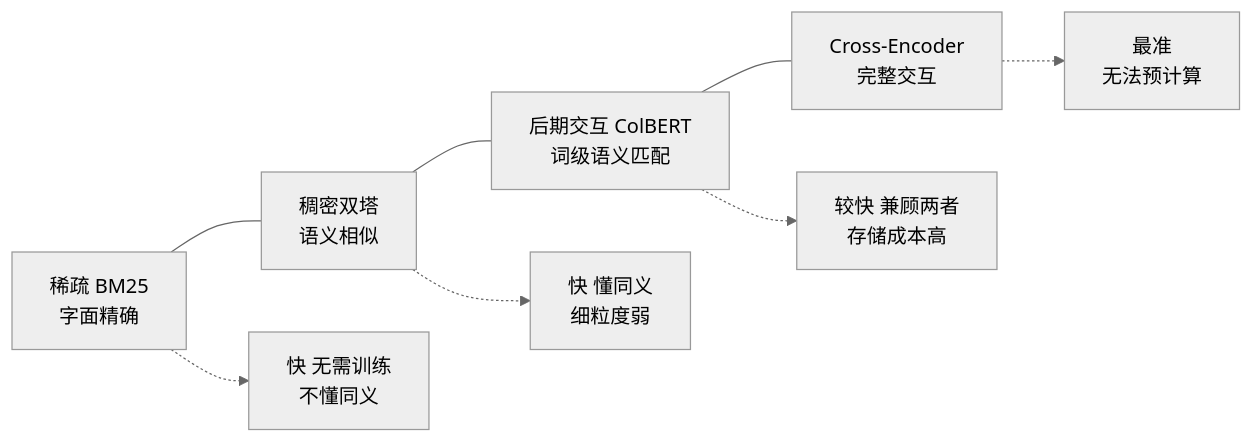
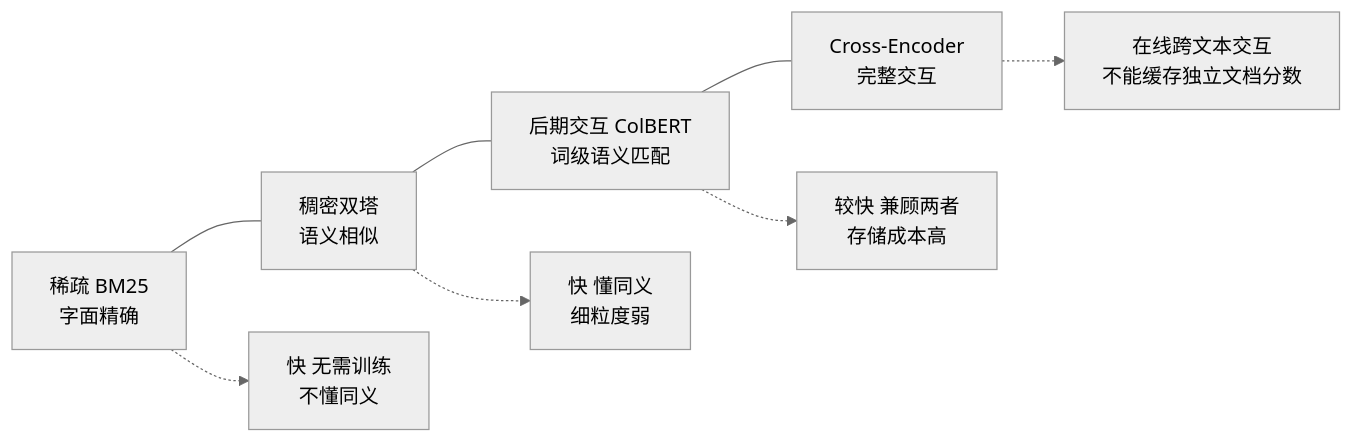
The first of 2 diagrams in docs/rag/03-retrieval/11-retrieval-paradigms.md (oneleaveknowsthefall/awesome-ai-roadmap), drawn with Mermaid (neutral theme) before and after one commit. The commit also changed other lines of this file and 24 other files, not shown here.

````diff
--- a/docs/rag/03-retrieval/11-retrieval-paradigms.md
+++ b/docs/rag/03-retrieval/11-retrieval-paradigms.md
@@ -78,11 +80,11 @@
 ```mermaid
 flowchart LR
     A[稀疏 BM25<br/>字面精确] --- B[稠密双塔<br/>语义相似]
     B --- C[后期交互 ColBERT<br/>词级语义匹配]
     C --- D[Cross-Encoder<br/>完整交互]
 
     A -.-> A1[快 无需训练<br/>不懂同义]
     B -.-> B1[快 懂同义<br/>细粒度弱]
     C -.-> C1[较快 兼顾两者<br/>存储成本高]
-    D -.-> D1[最准<br/>无法预计算]
+    D -.-> D1[在线跨文本交互<br/>不能缓存独立文档分数]
 ```
````
